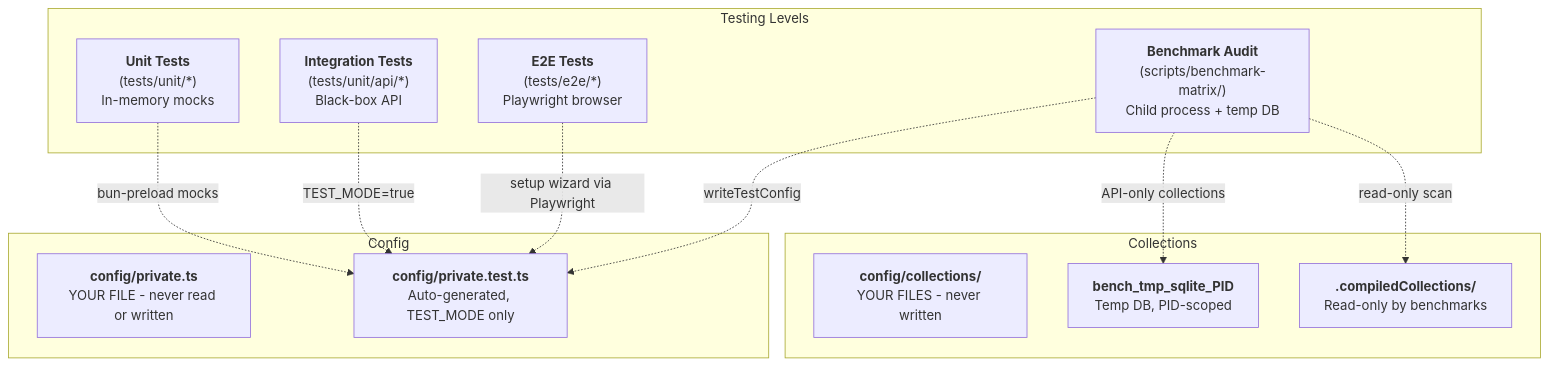
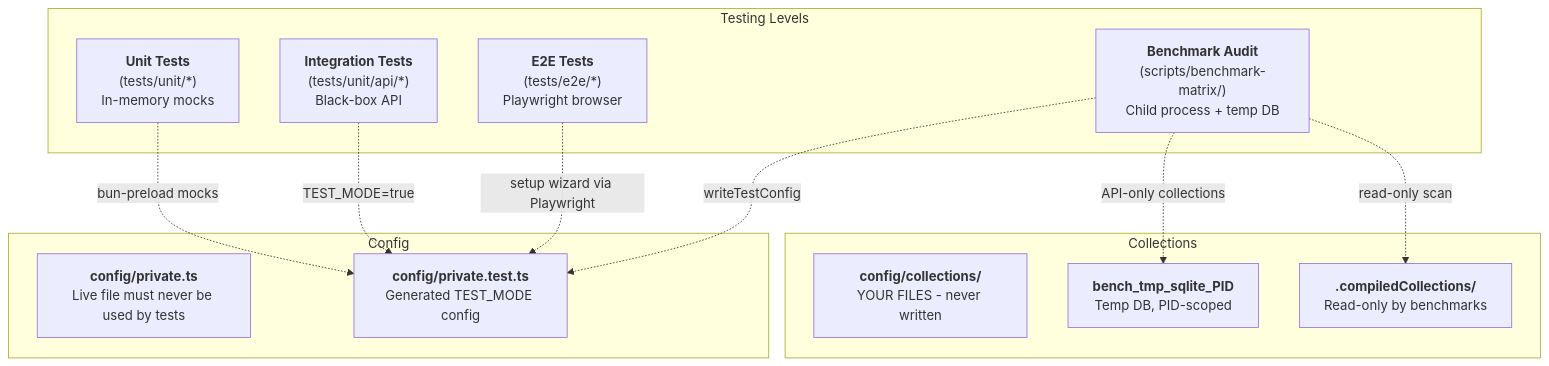
One commit to SveltyCMS/SveltyCMS changed the diagram in docs/tests/index.mdx. Above: the diagram before and after it, drawn with Mermaid. The commit also changed other lines of this file and 63 other files, not shown here.

````diff
--- a/docs/tests/index.mdx
+++ b/docs/tests/index.mdx
@@ -173,27 +199,27 @@
 ```mermaid
 graph TD
     subgraph "Testing Levels"
         Unit["<b>Unit Tests</b><br/>(tests/unit/*)<br/>In-memory mocks"]
         Int["<b>Integration Tests</b><br/>(tests/unit/api/*)<br/>Black-box API"]
         E2E["<b>E2E Tests</b><br/>(tests/e2e/*)<br/>Playwright browser"]
         Bench["<b>Benchmark Audit</b><br/>(scripts/benchmark-matrix/)<br/>Child process + temp DB"]
     end
 
     subgraph "Config"
-        PC["<b>config/private.ts</b><br/>YOUR FILE - never read or written"]
-        PT["<b>config/private.test.ts</b><br/>Auto-generated, TEST_MODE only"]
+        PC["<b>config/private.ts</b><br/>Live file must never be used by tests"]
+        PT["<b>config/private.test.ts</b><br/>Generated TEST_MODE config"]
     end
 
     subgraph "Collections"
         UC["<b>config/collections/</b><br/>YOUR FILES - never written"]
         CC["<b>.compiledCollections/</b><br/>Read-only by benchmarks"]
         DB["<b>bench_tmp_sqlite_PID</b><br/>Temp DB, PID-scoped"]
     end
 
     Unit -.-> |bun-preload mocks| PT
     Int -.-> |TEST_MODE=true| PT
     E2E -.-> |setup wizard via Playwright| PT
     Bench -.-> |writeTestConfig| PT
     Bench -.-> |API-only collections| DB
     Bench -.-> |read-only scan| CC
 ```
````
